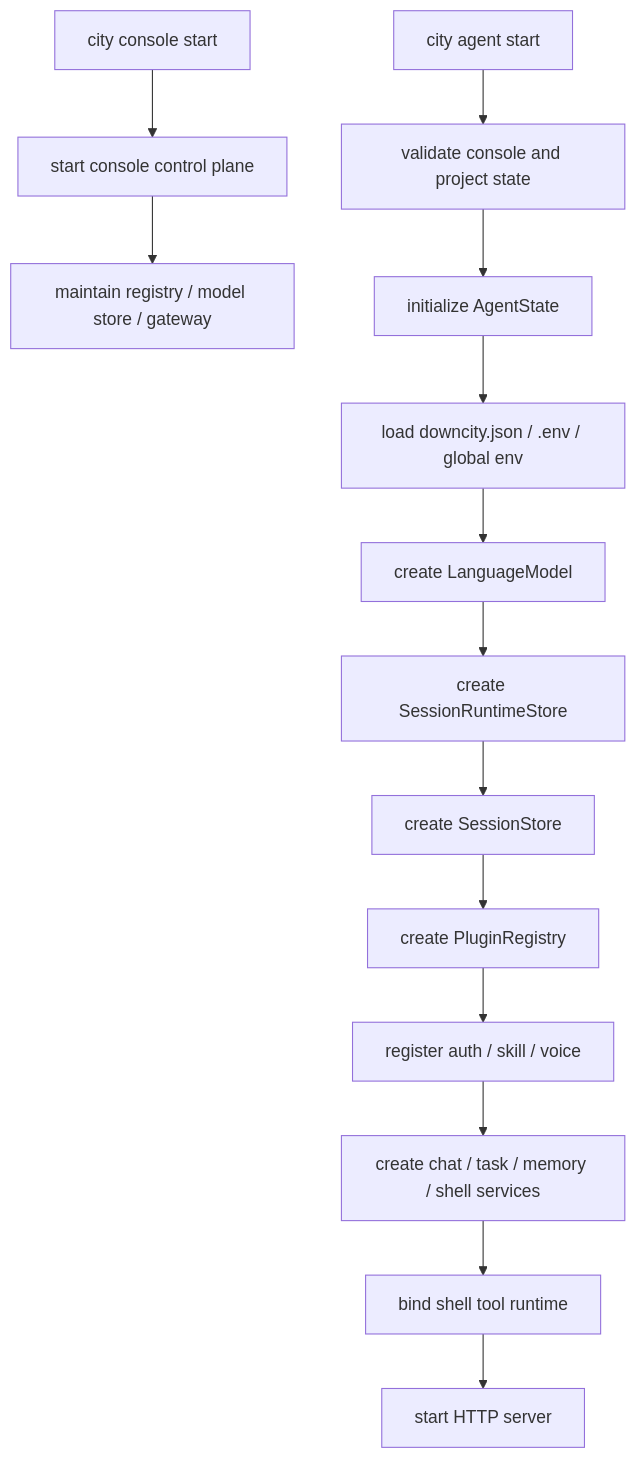
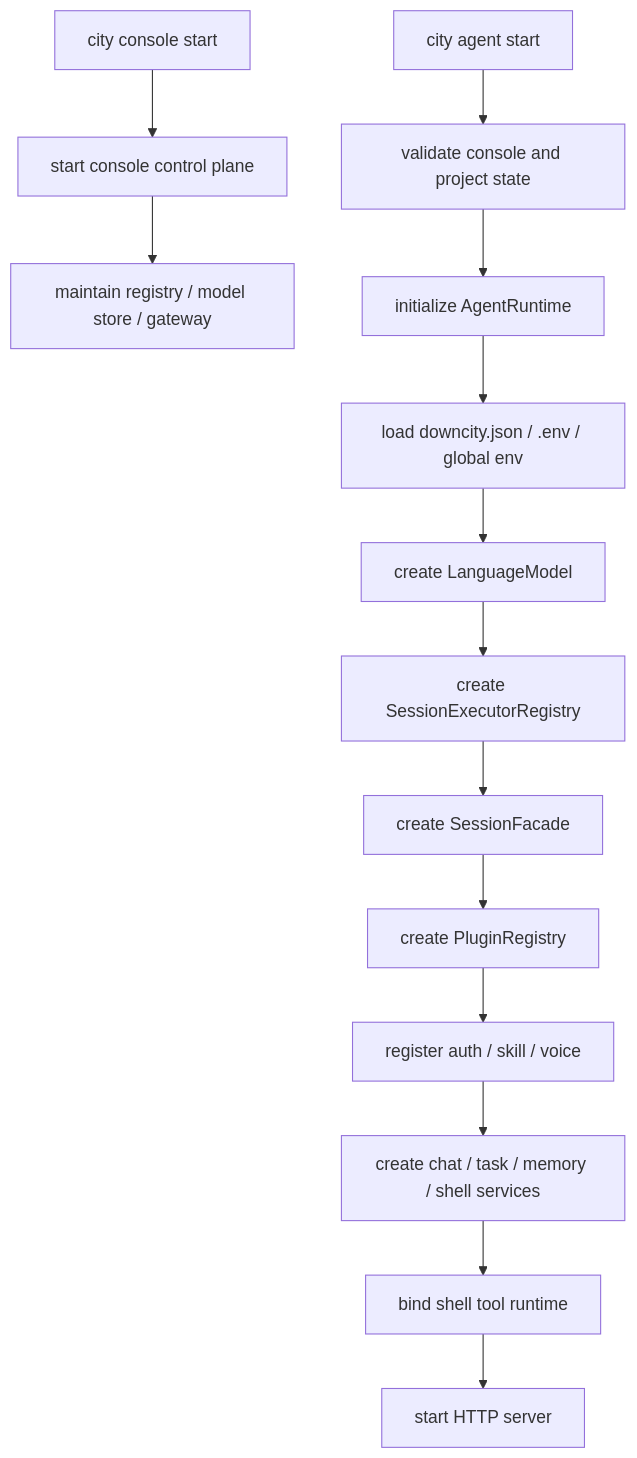
The second of 3 diagrams in homepage/content/devdocs/en/package/runtime-and-services.mdx (wangenius/downcity), drawn with Mermaid before and after one commit. The commit also changed other lines of this file and 419 other files, not shown here.

````diff
--- a/homepage/content/devdocs/en/package/runtime-and-services.mdx
+++ b/homepage/content/devdocs/en/package/runtime-and-services.mdx
@@ -87,17 +87,17 @@
 ```mermaid
 flowchart TD
   A["city console start"] --> B["start console control plane"]
   B --> C["maintain registry / model store / gateway"]
 
   D["city agent start"] --> E["validate console and project state"]
-  E --> F["initialize AgentState"]
+  E --> F["initialize AgentRuntime"]
   F --> G["load downcity.json / .env / global env"]
   G --> H["create LanguageModel"]
-  H --> I["create SessionRuntimeStore"]
-  I --> J["create SessionStore"]
+  H --> I["create SessionExecutorRegistry"]
+  I --> J["create SessionFacade"]
   J --> K["create PluginRegistry"]
   K --> L["register auth / skill / voice"]
   L --> M["create chat / task / memory / shell services"]
   M --> N["bind shell tool runtime"]
   N --> O["start HTTP server"]
 ```
````
